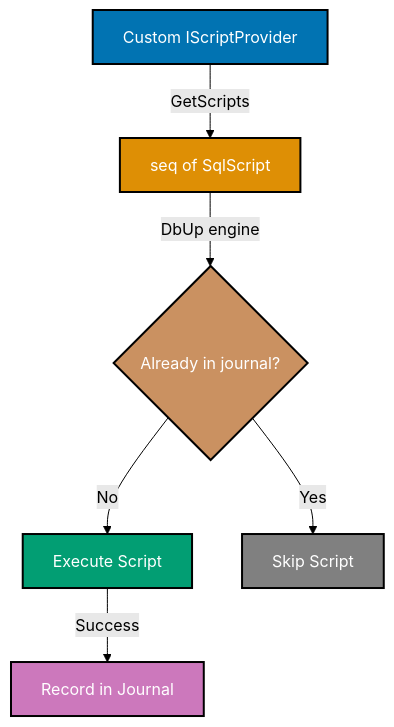
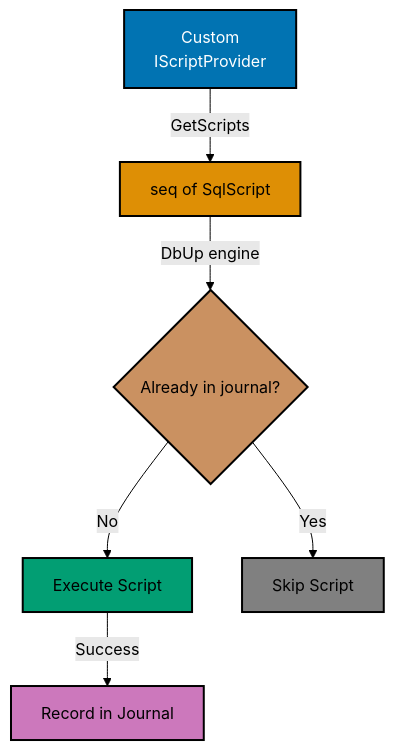
Before and after one commit to wahidyankf/ose-public: the first of 2 diagrams in apps/ayokoding-www/content/en/learn/legacy/software-engineering/data/tools/fsharp-dbup/by-example/advanced.md, drawn with Mermaid (forest theme). The commit also changed other lines of this file and 131 other files, not shown here.

First line of the commit message:
fix(mermaid): bring the legacy data, infrastructure, and testing diagrams onto the accessible palette

````diff
--- a/apps/ayokoding-www/content/en/learn/legacy/software-engineering/data/tools/fsharp-dbup/by-example/advanced.md
+++ b/apps/ayokoding-www/content/en/learn/legacy/software-engineering/data/tools/fsharp-dbup/by-example/advanced.md
@@ -24,17 +24,26 @@
 ```mermaid
 %% Color Palette: Blue #0173B2, Orange #DE8F05, Teal #029E73, Purple #CC78BC, Brown #CA9161
 %% IScriptProvider data flow
 graph TD
-    A[Custom IScriptProvider] -->|GetScripts| B[seq of SqlScript]
+    accTitle: Example 61: Custom IScriptProvider
+    accDescr: Graph with 6 nodes and 5 connections. Nodes: Custom IScriptProvider, seq of SqlScript, Already in journal?, Execute Script, Skip Script, Record in Journal. Connections: Custom IScriptProvider to seq of SqlScript (GetScripts), seq of SqlScript to Already in journal? (DbUp engine), Already in journal? to Execute Script (No), Already in journal? to Skip Script (Yes), Execute Script to Record in Journal (Success).
+    A[Custom<br/>IScriptProvider] -->|GetScripts| B[seq of SqlScript]
     B -->|DbUp engine| C{Already in journal?}
     C -->|No| D[Execute Script]
     C -->|Yes| E[Skip Script]
     D -->|Success| F[Record in Journal]
 
-    style A fill:#0173B2,stroke:#000000,color:#FFFFFF,stroke-width:2px
-    style B fill:#DE8F05,stroke:#000000,color:#FFFFFF,stroke-width:2px
-    style C fill:#CA9161,stroke:#000000,color:#FFFFFF,stroke-width:2px
-    style D fill:#029E73,stroke:#000000,color:#FFFFFF,stroke-width:2px
-    style E fill:#808080,stroke:#000000,color:#FFFFFF,stroke-width:2px
-    style F fill:#CC78BC,stroke:#000000,color:#FFFFFF,stroke-width:2px
+    classDef pal-0173B2 fill:#0173B2,stroke:#000000,color:#FFFFFF,stroke-width:2px
+    class A pal-0173B2
+    classDef pal-DE8F05 fill:#DE8F05,stroke:#000000,color:#000000,stroke-width:2px
+    class B pal-DE8F05
+    classDef pal-CA9161 fill:#CA9161,stroke:#000000,color:#000000,stroke-width:2px
+    class C pal-CA9161
+    classDef pal-029E73 fill:#029E73,stroke:#000000,color:#000000,stroke-width:2px
+    class D pal-029E73
+    classDef pal-808080 fill:#808080,stroke:#000000,color:#000000,stroke-width:2px
+    class E pal-808080
+    classDef pal-CC78BC fill:#CC78BC,stroke:#000000,color:#000000,stroke-width:2px
+    class F pal-CC78BC
+    classDef default fill:#FFFFFF,stroke:#000000,color:#000000
 ```
````
